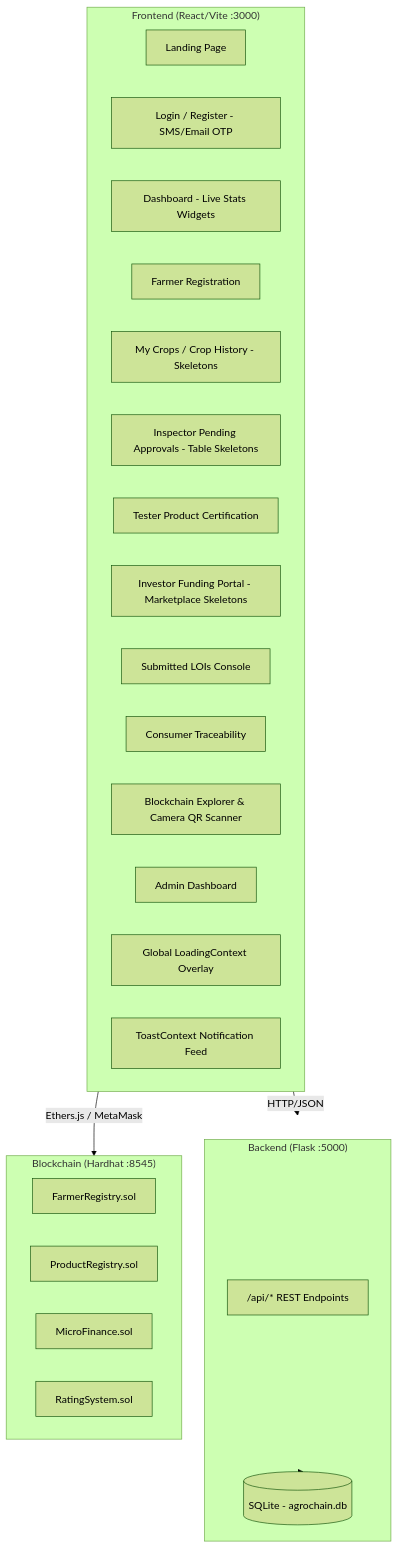
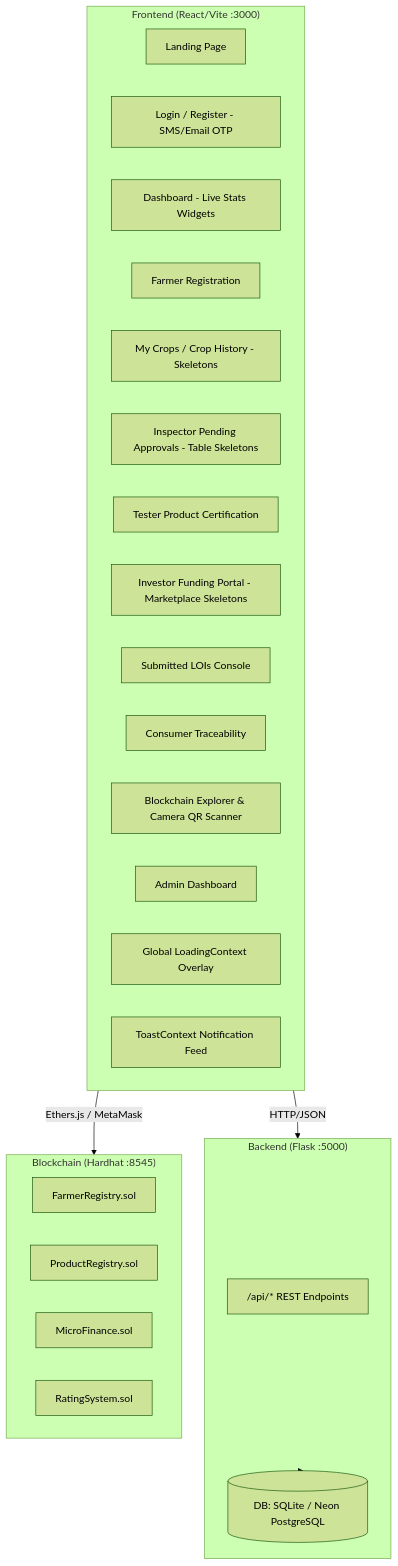
One commit to Vedansh-Harish-Ail/AgroChain changed the diagram in walkthrough.md. Above: the diagram before and after it, drawn with Mermaid (forest theme). The commit also changed other lines of this file and 5 other files, not shown here.

````diff
--- a/walkthrough.md
+++ b/walkthrough.md
@@ -17,35 +17,35 @@
 ```mermaid
 graph TB
     subgraph Frontend["Frontend (React/Vite :3000)"]
         LP[Landing Page]
         Auth[Login / Register - SMS/Email OTP]
         Dash[Dashboard - Live Stats Widgets]
         FR[Farmer Registration]
         CH[My Crops / Crop History - Skeletons]
         QT[Inspector Pending Approvals - Table Skeletons]
         PR[Tester Product Certification]
         FP[Investor Funding Portal - Marketplace Skeletons]
         SL[Submitted LOIs Console]
         CT[Consumer Traceability]
         BE["Blockchain Explorer & Camera QR Scanner"]
         AD[Admin Dashboard]
         LC["Global LoadingContext Overlay"]
         TC["ToastContext Notification Feed"]
     end
 
     subgraph Backend["Backend (Flask :5000)"]
         API["/api/* REST Endpoints"]
-        DB[(SQLite - agrochain.db)]
+        DB[(DB: SQLite / Neon PostgreSQL)]
     end
 
     subgraph Blockchain["Blockchain (Hardhat :8545)"]
         FR_SC["FarmerRegistry.sol"]
         PR_SC["ProductRegistry.sol"]
         MF_SC["MicroFinance.sol"]
         RS_SC["RatingSystem.sol"]
     end
 
     Frontend -->|HTTP/JSON| Backend
     Frontend -->|Ethers.js / MetaMask| Blockchain
     Backend --> DB
 ```
````
